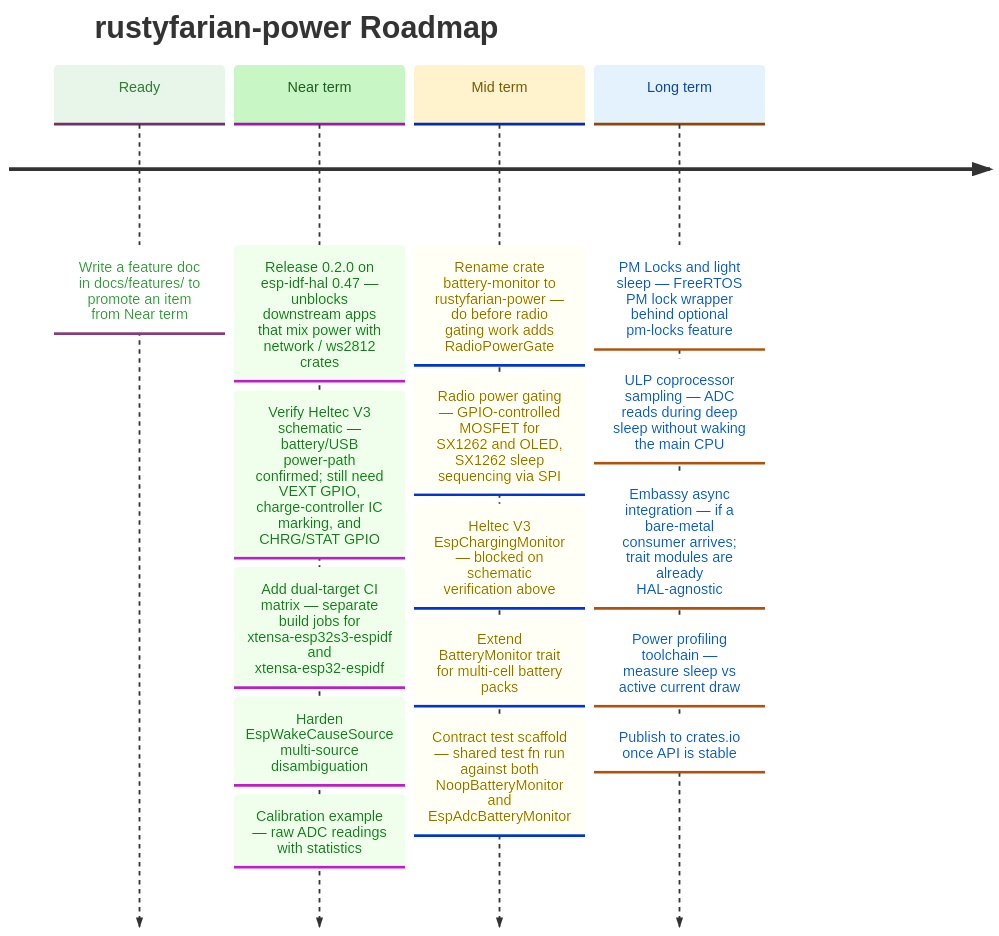
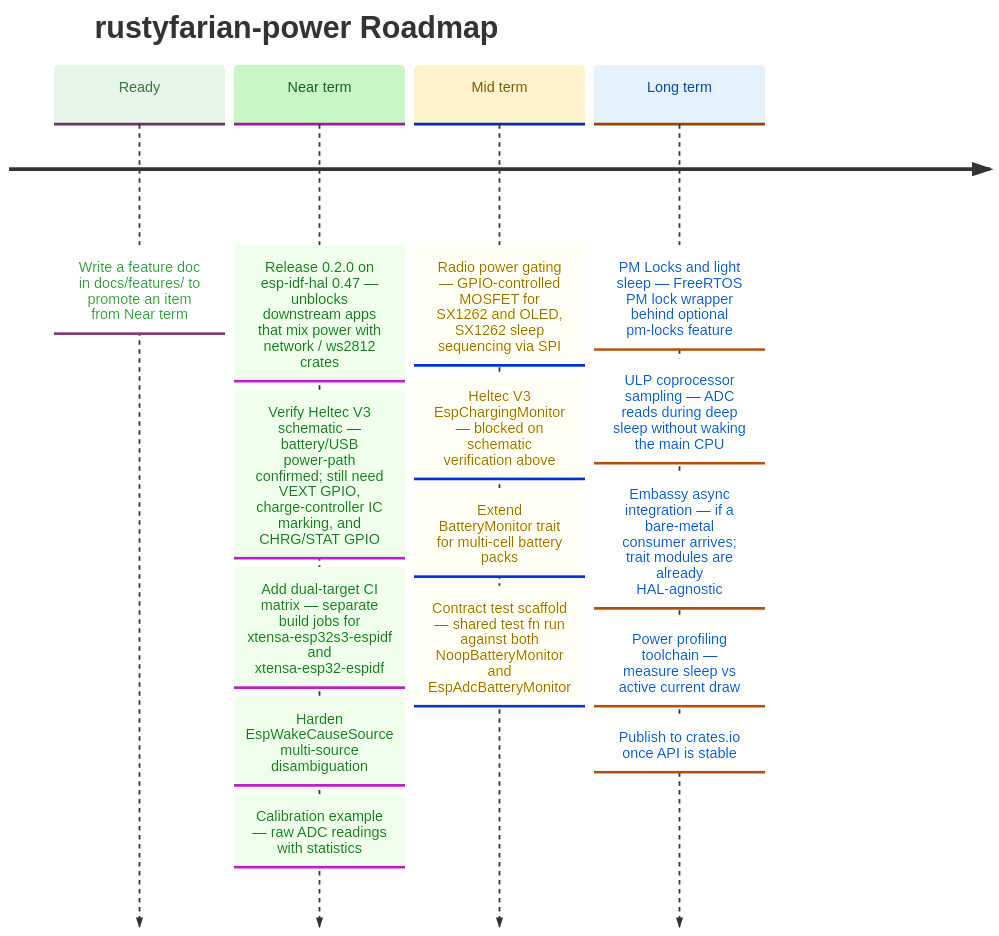
One commit to datenkollektiv/rustyfarian-power changed the diagram in docs/ROADMAP.md. Above: the diagram before and after it, drawn with Mermaid. The commit also changed 2 other files, not shown here.

Commit message:
Update documentation for ESP-IDF stack migration

````diff
--- a/docs/ROADMAP.md
+++ b/docs/ROADMAP.md
@@ -11,38 +11,37 @@
 ```mermaid
 %%{init: {
   "theme": "base",
   "themeVariables": {
     "cScale0": "#e8f5e9",
     "cScaleLabel0": "#2e7d32",
     "cScale1": "#c8f7c5",
     "cScaleLabel1": "#1b5e20",
     "cScale2": "#fff3cd",
     "cScaleLabel2": "#7a5a00",
     "cScale3": "#e3f2fd",
     "cScaleLabel3": "#0d47a1"
   }
 }}%%
 
 timeline
     title rustyfarian-power Roadmap
 
     Ready     : Write a feature doc in docs/features/ to promote an item from Near term
 
     Near term : Release 0.2.0 on esp-idf-hal 0.47 — unblocks downstream apps that mix power with network / ws2812 crates
               : Verify Heltec V3 schematic — battery/USB power-path confirmed; still need VEXT GPIO, charge-controller IC marking, and CHRG/STAT GPIO
               : Add dual-target CI matrix — separate build jobs for xtensa-esp32s3-espidf and xtensa-esp32-espidf
               : Harden EspWakeCauseSource multi-source disambiguation
               : Calibration example — raw ADC readings with statistics
 
-    Mid term  : Rename crate battery-monitor to rustyfarian-power — do before radio gating work adds RadioPowerGate
-              : Radio power gating — GPIO-controlled MOSFET for SX1262 and OLED, SX1262 sleep sequencing via SPI
+    Mid term  : Radio power gating — GPIO-controlled MOSFET for SX1262 and OLED, SX1262 sleep sequencing via SPI
               : Heltec V3 EspChargingMonitor — blocked on schematic verification above
               : Extend BatteryMonitor trait for multi-cell battery packs
               : Contract test scaffold — shared test fn run against both NoopBatteryMonitor and EspAdcBatteryMonitor
 
     Long term : PM Locks and light sleep — FreeRTOS PM lock wrapper behind optional pm-locks feature
               : ULP coprocessor sampling — ADC reads during deep sleep without waking the main CPU
               : Embassy async integration — if a bare-metal consumer arrives; trait modules are already HAL-agnostic
               : Power profiling toolchain — measure sleep vs active current draw
               : Publish to crates.io once API is stable
 ```
````
